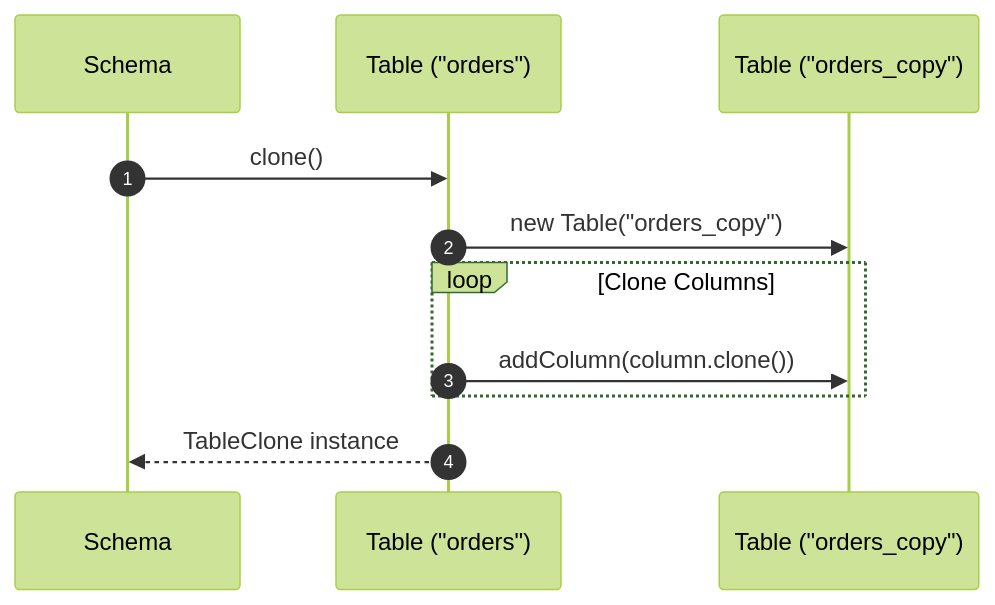
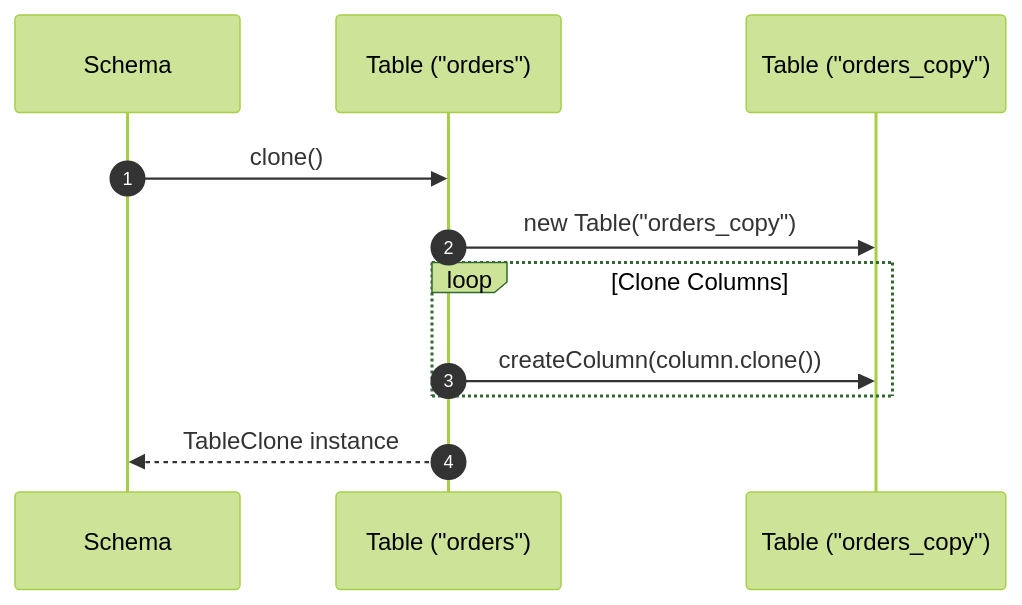
One commit to Dikhang1112/Database_Management_BBV changed the seventh of 15 diagrams in docs/design_patterns/metadata/Sequece.md. Above: the diagram before and after it, drawn with Mermaid (forest theme). The commit also changed other lines of this file and 7 other files, not shown here.

Commit message:
Implement class diagram for metadata - database object

````diff
--- a/docs/design_patterns/metadata/Sequece.md
+++ b/docs/design_patterns/metadata/Sequece.md
@@ -167,14 +168,14 @@
 ```mermaid
 sequenceDiagram
     autonumber
     participant Schema as Schema
     participant TableOrig as Table ("orders")
     participant TableClone as Table ("orders_copy")
 
     Schema->>TableOrig: clone()
     TableOrig->>TableClone: new Table("orders_copy")
     loop Clone Columns
-        TableOrig->>TableClone: addColumn(column.clone())
+        TableOrig->>TableClone: createColumn(column.clone())
     end
     TableOrig-->>Schema: TableClone instance
 ```
````
